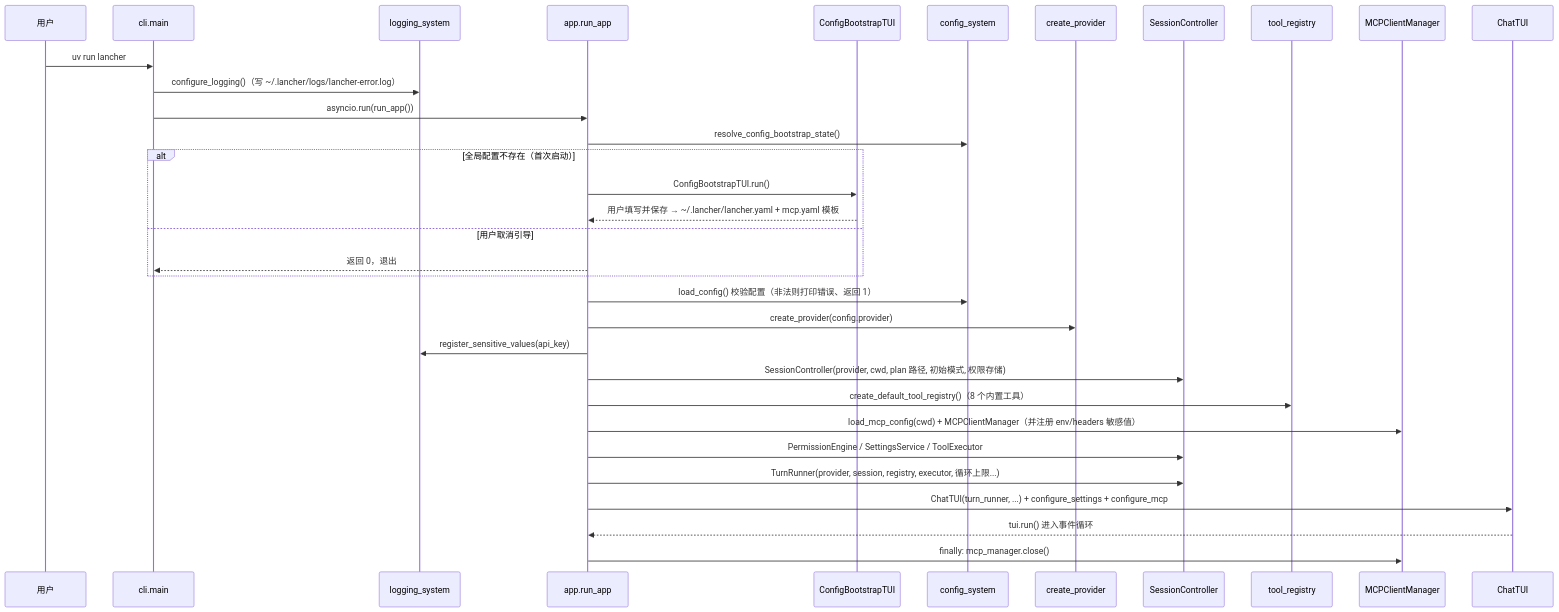
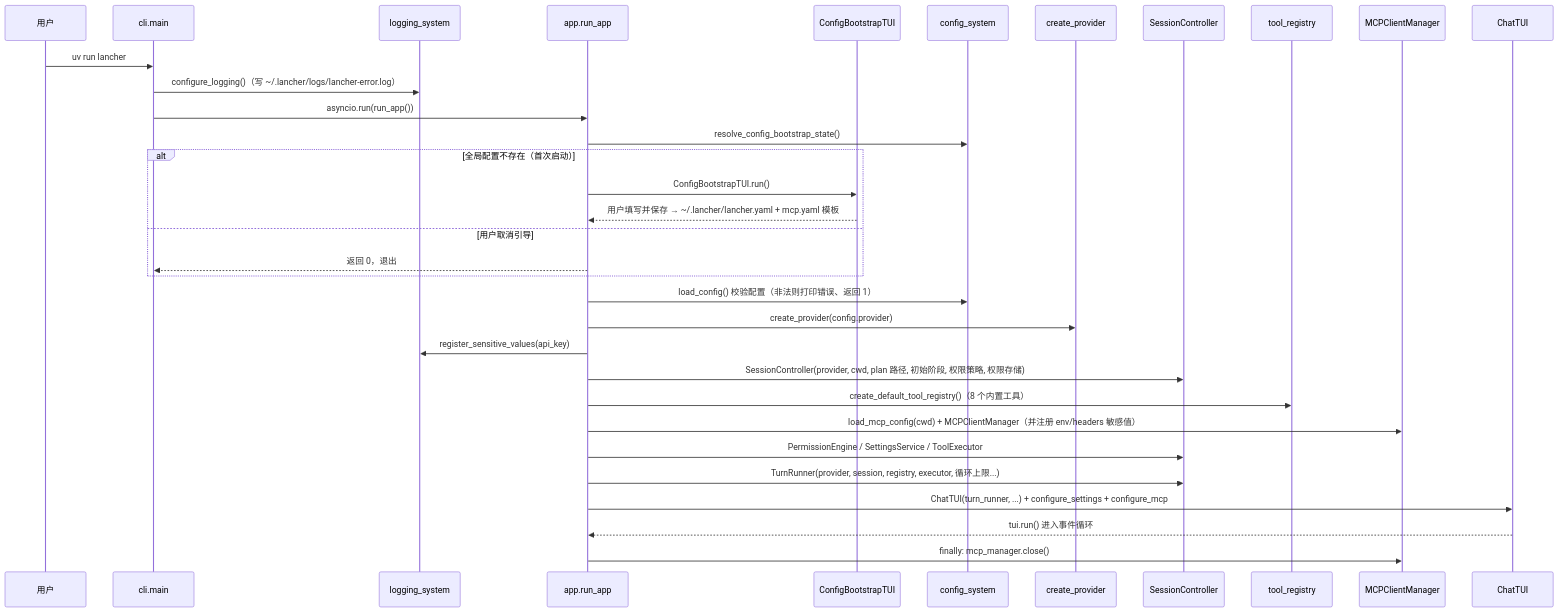
One commit to LangYiSheng/LanCher-Code changed the diagram in docs/workflows/startup.md. Above: the diagram before and after it, drawn with Mermaid. The commit also changed other lines of this file and 64 other files, not shown here.

````diff
--- a/docs/workflows/startup.md
+++ b/docs/workflows/startup.md
@@ -7,36 +7,36 @@
 ```mermaid
 sequenceDiagram
     participant U as 用户
     participant CLI as cli.main
     participant LOG as logging_system
     participant APP as app.run_app
     participant BS as ConfigBootstrapTUI
     participant CFG as config_system
     participant PF as create_provider
     participant SS as SessionController
     participant REG as tool_registry
     participant MCP as MCPClientManager
     participant TUI as ChatTUI
 
     U->>CLI: uv run lancher
     CLI->>LOG: configure_logging()（写 ~/.lancher/logs/lancher-error.log）
     CLI->>APP: asyncio.run(run_app())
     APP->>CFG: resolve_config_bootstrap_state()
     alt 全局配置不存在（首次启动）
         APP->>BS: ConfigBootstrapTUI.run()
         BS-->>APP: 用户填写并保存 → ~/.lancher/lancher.yaml + mcp.yaml 模板
     else 用户取消引导
         APP-->>CLI: 返回 0，退出
     end
     APP->>CFG: load_config() 校验配置（非法则打印错误、返回 1）
     APP->>PF: create_provider(config.provider)
     APP->>LOG: register_sensitive_values(api_key)
-    APP->>SS: SessionController(provider, cwd, plan 路径, 初始模式, 权限存储)
+    APP->>SS: SessionController(provider, cwd, plan 路径, 初始阶段, 权限策略, 权限存储)
     APP->>REG: create_default_tool_registry()（8 个内置工具）
     APP->>MCP: load_mcp_config(cwd) + MCPClientManager（并注册 env/headers 敏感值）
     APP->>SS: PermissionEngine / SettingsService / ToolExecutor
     APP->>SS: TurnRunner(provider, session, registry, executor, 循环上限...)
     APP->>TUI: ChatTUI(turn_runner, ...) + configure_settings + configure_mcp
     TUI-->>APP: tui.run() 进入事件循环
     APP->>MCP: finally: mcp_manager.close()
 ```
````
